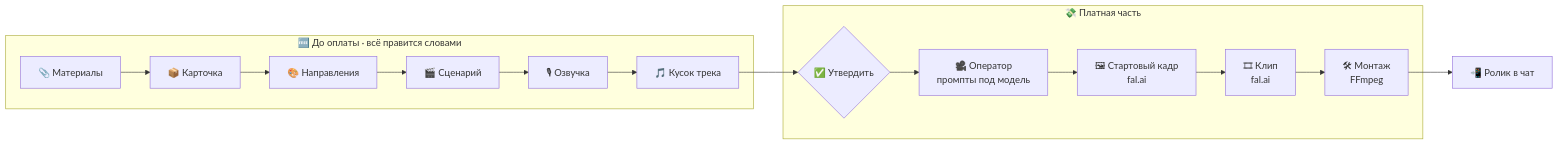
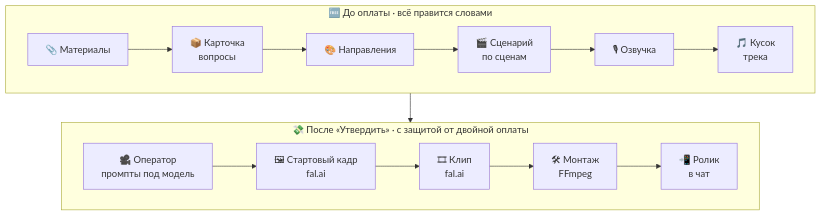
The second of 2 diagrams in README.md (TimurPythonUser/adreel), drawn with Mermaid before and after one commit.

Commit message:
README: схема пайплайна в две строки — в одну она ужималась в мелкий текст

````diff
--- a/README.md
+++ b/README.md
@@ -207,18 +207,14 @@
 ```mermaid
-flowchart LR
+flowchart TB
     subgraph FREE["🆓 До оплаты · всё правится словами"]
-        A["📎 Материалы"] --> B["📦 Карточка"]
-        B --> C["🎨 Направления"]
-        C --> D["🎬 Сценарий"]
-        D --> E["🎙 Озвучка"]
-        E --> F["🎵 Кусок трека"]
+        direction LR
+        A["📎 Материалы"] --> B["📦 Карточка<br/>вопросы"] --> C["🎨 Направления"]
+        C --> D["🎬 Сценарий<br/>по сценам"] --> E["🎙 Озвучка"] --> F["🎵 Кусок<br/>трека"]
     end
-    F --> G{"✅ Утвердить"}
-    subgraph PAID["💸 Платная часть"]
-        G --> H["🎥 Оператор<br/>промпты под модель"]
-        H --> I["🖼 Стартовый кадр<br/>fal.ai"]
-        I --> J["🎞 Клип<br/>fal.ai"]
-        J --> K["🛠 Монтаж<br/>FFmpeg"]
+    subgraph PAID["💸 После «Утвердить» · с защитой от двойной оплаты"]
+        direction LR
+        H["🎥 Оператор<br/>промпты под модель"] --> I["🖼 Стартовый кадр<br/>fal.ai"]
+        I --> J["🎞 Клип<br/>fal.ai"] --> K["🛠 Монтаж<br/>FFmpeg"] --> L["📲 Ролик<br/>в чат"]
     end
-    K --> L["📲 Ролик в чат"]
+    FREE --> PAID
 ```
````
